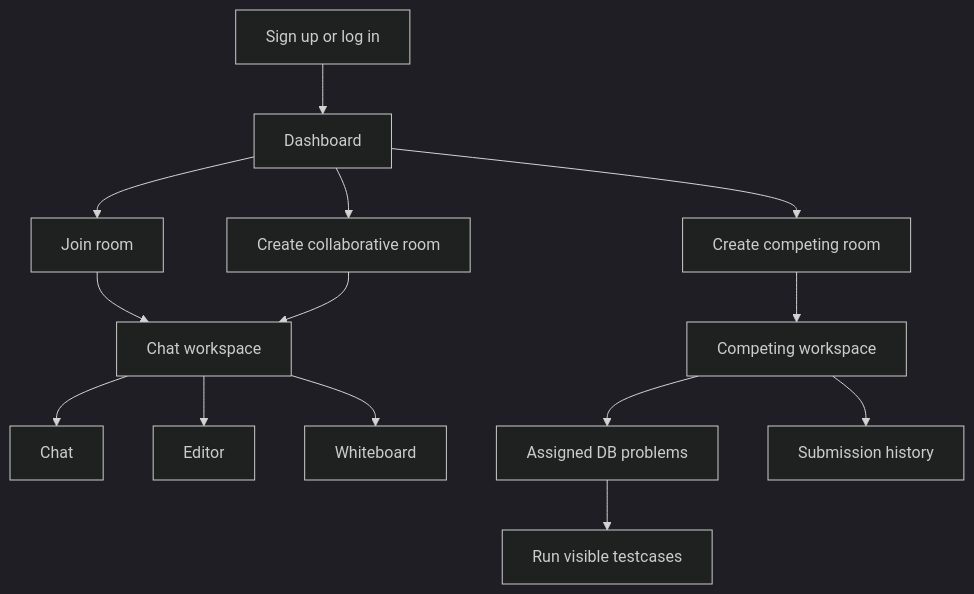
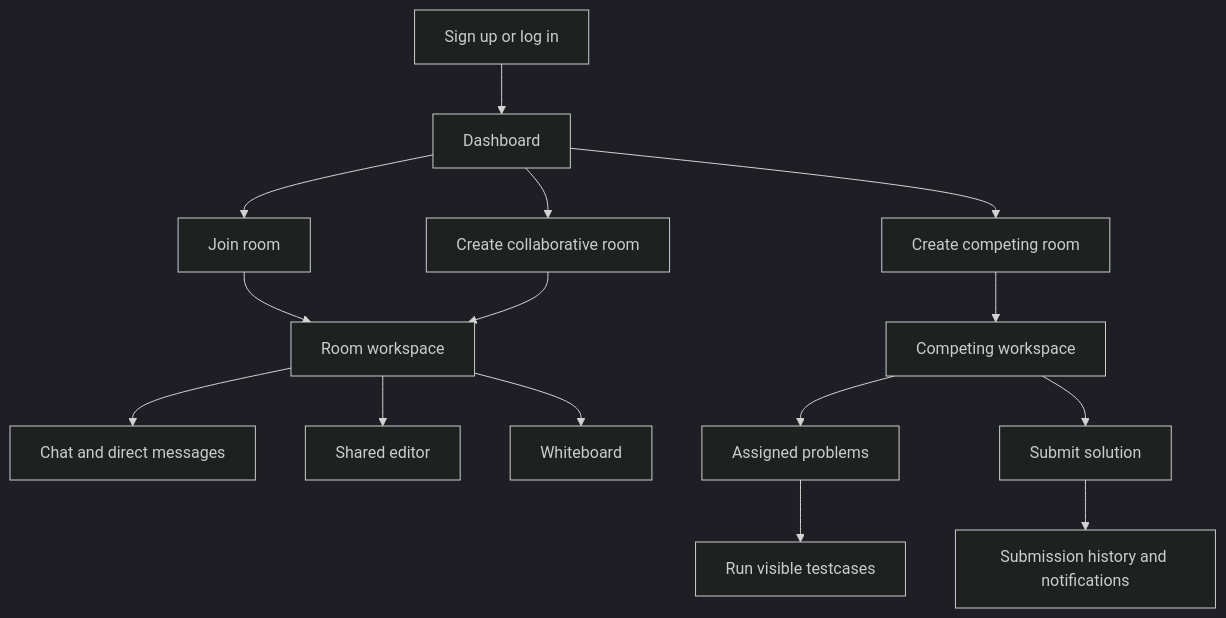
Before and after one commit to ANUKOOL324/StarSync: the second of 2 diagrams in README.md, drawn with Mermaid (dark theme). The commit also changed other lines of this file and 2 other files, not shown here.

````diff
--- a/README.md
+++ b/README.md
@@ -87,16 +116,17 @@
 ```mermaid
 flowchart TD
   A[Sign up or log in] --> B[Dashboard]
   B --> C[Join room]
   B --> D[Create collaborative room]
   B --> E[Create competing room]
-  C --> F[Chat workspace]
+  C --> F[Room workspace]
   D --> F
-  F --> G[Chat]
-  F --> H[Editor]
+  F --> G[Chat and direct messages]
+  F --> H[Shared editor]
   F --> I[Whiteboard]
   E --> J[Competing workspace]
-  J --> K[Assigned DB problems]
+  J --> K[Assigned problems]
   K --> L[Run visible testcases]
-  J --> M[Submission history]
+  J --> M[Submit solution]
+  M --> N[Submission history and notifications]
 ```
````
